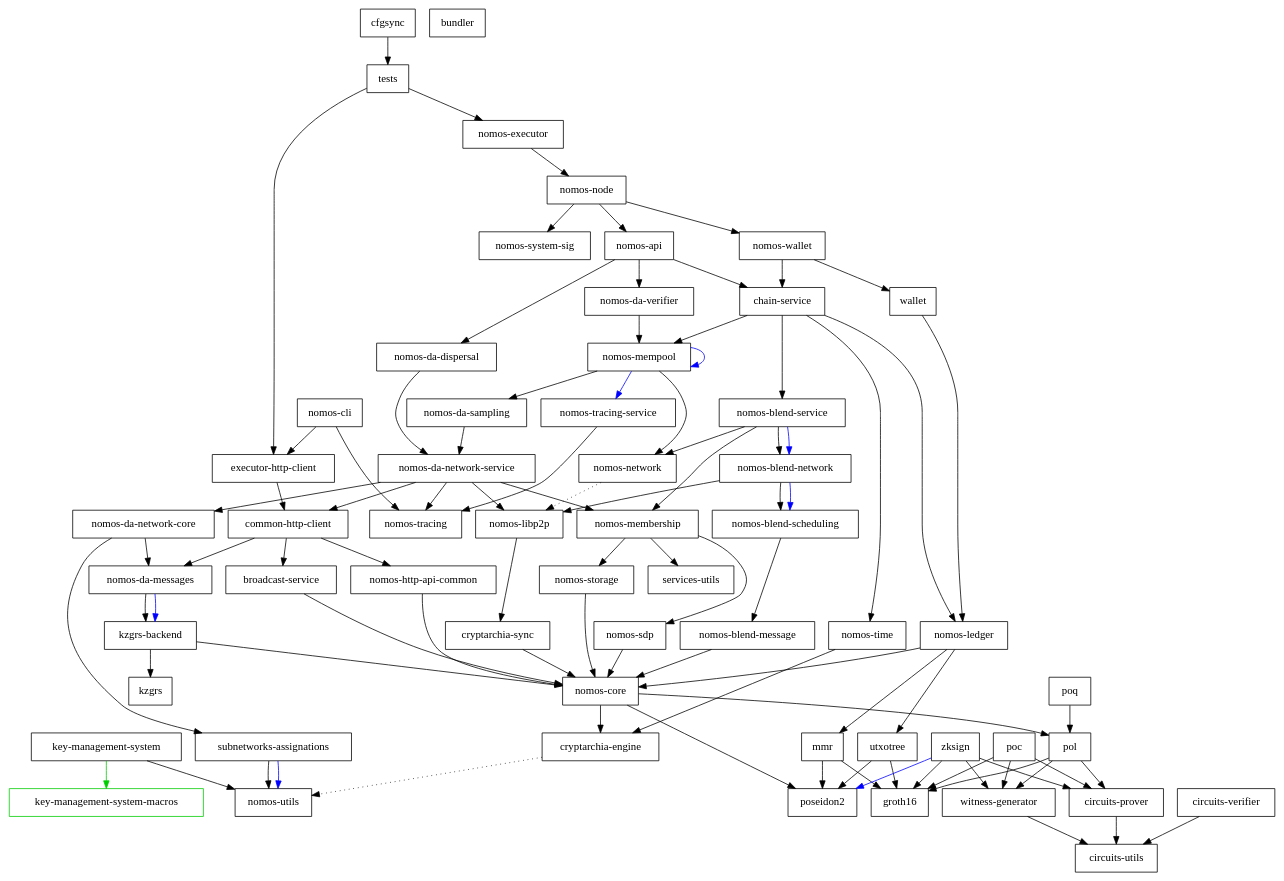
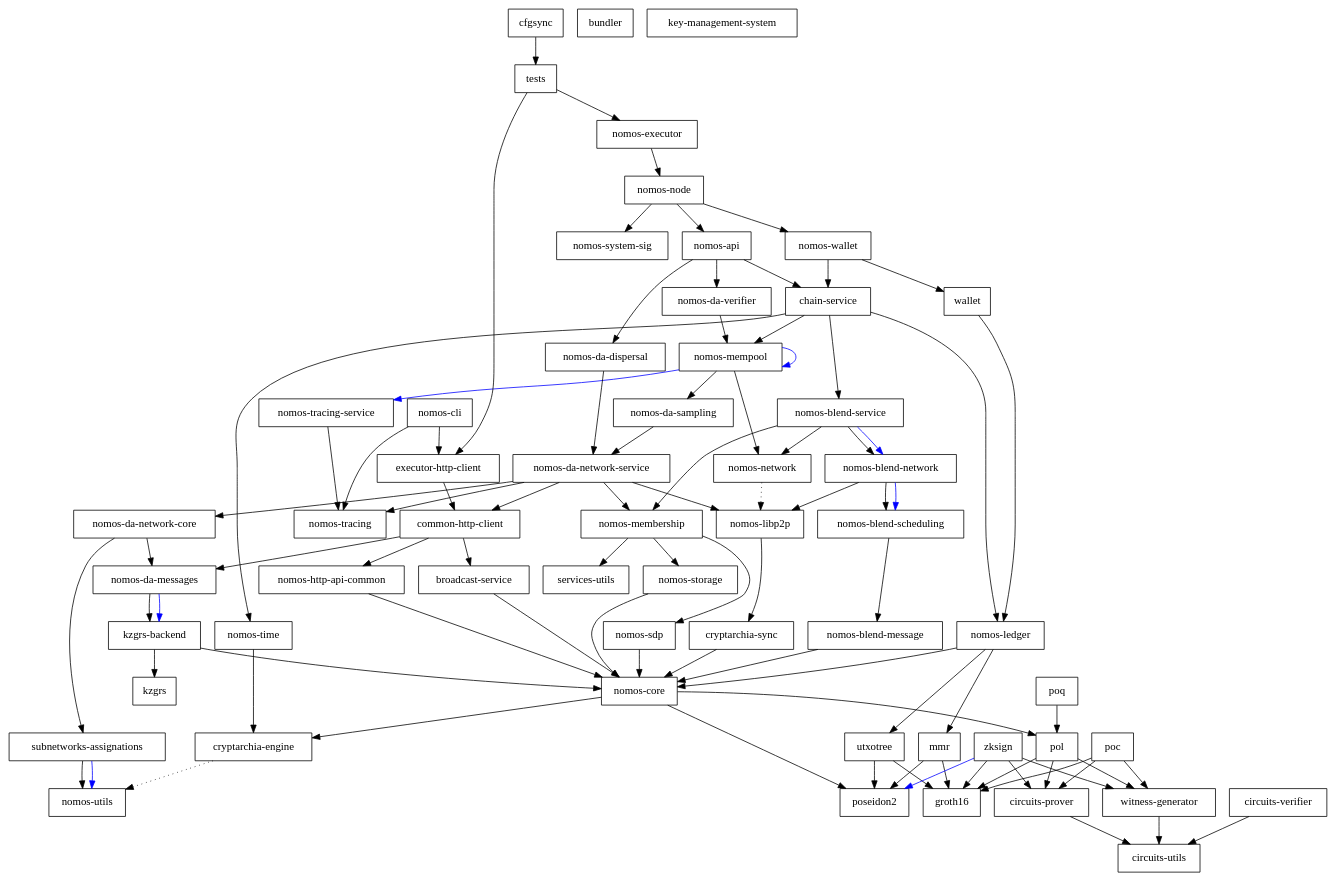
Before and after one commit to logos-co/nomos: the diagram in dependencies_graph.dot, drawn with Graphviz. The commit also changed 16 other files, not shown here.

```diff
--- a/dependencies_graph.dot
+++ b/dependencies_graph.dot
@@ -1,150 +1,147 @@
 digraph {
     0 [ label = "cryptarchia-engine" shape = box]
     1 [ label = "nomos-utils" shape = box]
     2 [ label = "cryptarchia-sync" shape = box]
     3 [ label = "nomos-core" shape = box]
     4 [ label = "groth16" shape = box]
     5 [ label = "pol" shape = box]
     6 [ label = "circuits-prover" shape = box]
     7 [ label = "circuits-utils" shape = box]
     8 [ label = "witness-generator" shape = box]
     9 [ label = "poseidon2" shape = box]
     10 [ label = "nomos-ledger" shape = box]
     11 [ label = "mmr" shape = box]
     12 [ label = "utxotree" shape = box]
     13 [ label = "nomos-http-api-common" shape = box]
     14 [ label = "nomos-executor" shape = box]
     15 [ label = "broadcast-service" shape = box]
     16 [ label = "kzgrs-backend" shape = box]
     17 [ label = "kzgrs" shape = box]
     18 [ label = "nomos-api" shape = box]
     19 [ label = "chain-service" shape = box]
     20 [ label = "nomos-blend-service" shape = box]
     21 [ label = "nomos-blend-message" shape = box]
     22 [ label = "nomos-blend-network" shape = box]
     23 [ label = "nomos-blend-scheduling" shape = box]
     24 [ label = "nomos-libp2p" shape = box]
     25 [ label = "nomos-membership" shape = box]
     26 [ label = "nomos-sdp" shape = box]
     27 [ label = "nomos-storage" shape = box]
     28 [ label = "services-utils" shape = box]
     29 [ label = "nomos-network" shape = box]
     30 [ label = "nomos-da-sampling" shape = box]
     31 [ label = "nomos-da-network-core" shape = box]
     32 [ label = "nomos-da-messages" shape = box]
     33 [ label = "subnetworks-assignations" shape = box]
     34 [ label = "nomos-da-network-service" shape = box]
     35 [ label = "common-http-client" shape = box]
     36 [ label = "nomos-tracing" shape = box]
     37 [ label = "nomos-mempool" shape = box]
     38 [ label = "nomos-tracing-service" shape = box]
     39 [ label = "nomos-time" shape = box]
     40 [ label = "nomos-da-dispersal" shape = box]
     41 [ label = "nomos-da-verifier" shape = box]
     42 [ label = "nomos-node" shape = box]
     43 [ label = "nomos-system-sig" shape = box]
     44 [ label = "nomos-wallet" shape = box]
     45 [ label = "wallet" shape = box]
     46 [ label = "executor-http-client" shape = box]
     47 [ label = "bundler" shape = box]
     48 [ label = "nomos-cli" shape = box]
     49 [ label = "key-management-system" shape = box]
-    50 [ label = "key-management-system-macros" shape = box, color = green3]
-    51 [ label = "cfgsync" shape = box]
-    52 [ label = "tests" shape = box]
-    53 [ label = "circuits-verifier" shape = box]
-    54 [ label = "poc" shape = box]
-    55 [ label = "poq" shape = box]
-    56 [ label = "zksign" shape = box]
+    50 [ label = "cfgsync" shape = box]
+    51 [ label = "tests" shape = box]
+    52 [ label = "circuits-verifier" shape = box]
+    53 [ label = "poc" shape = box]
+    54 [ label = "poq" shape = box]
+    55 [ label = "zksign" shape = box]
     0 -> 1 [ style = dotted]
     2 -> 3 [ ]
     3 -> 0 [ ]
     3 -> 5 [ ]
     3 -> 9 [ ]
     5 -> 6 [ ]
     5 -> 4 [ ]
     5 -> 8 [ ]
     6 -> 7 [ ]
     8 -> 7 [ ]
     10 -> 11 [ ]
     10 -> 3 [ ]
     10 -> 12 [ ]
     11 -> 4 [ ]
     11 -> 9 [ ]
     12 -> 4 [ ]
     12 -> 9 [ ]
     13 -> 3 [ ]
     14 -> 42 [ ]
     15 -> 3 [ ]
     16 -> 17 [ ]
     16 -> 3 [ ]
     18 -> 19 [ ]
     18 -> 40 [ ]
     18 -> 41 [ ]
     19 -> 20 [ ]
     19 -> 10 [ ]
     19 -> 37 [ ]
     19 -> 39 [ ]
     20 -> 22 [ ]
     20 -> 22 [ color = blue]
     20 -> 25 [ ]
     20 -> 29 [ ]
     21 -> 3 [ ]
     22 -> 23 [ ]
     22 -> 23 [ color = blue]
     22 -> 24 [ ]
     23 -> 21 [ ]
     24 -> 2 [ ]
     25 -> 26 [ ]
     25 -> 27 [ ]
     25 -> 28 [ ]
     26 -> 3 [ ]
     27 -> 3 [ ]
     29 -> 24 [ style = dotted]
     30 -> 34 [ ]
     31 -> 32 [ ]
     31 -> 33 [ ]
     32 -> 16 [ ]
     32 -> 16 [ color = blue]
     33 -> 1 [ ]
     33 -> 1 [ color = blue]
     34 -> 35 [ ]
     34 -> 31 [ ]
     34 -> 24 [ ]
     34 -> 25 [ ]
     34 -> 36 [ ]
     35 -> 15 [ ]
     35 -> 32 [ ]
     35 -> 13 [ ]
     37 -> 30 [ ]
     37 -> 37 [ color = blue]
     37 -> 29 [ ]
     37 -> 38 [ color = blue]
     38 -> 36 [ ]
     39 -> 0 [ ]
     40 -> 34 [ ]
     41 -> 37 [ ]
     42 -> 18 [ ]
     42 -> 43 [ ]
     42 -> 44 [ ]
     44 -> 19 [ ]
     44 -> 45 [ ]
     45 -> 10 [ ]
     46 -> 35 [ ]
     48 -> 46 [ ]
     48 -> 36 [ ]
-    49 -> 50 [ color = green3]
-    49 -> 1 [ ]
-    51 -> 52 [ ]
-    52 -> 46 [ ]
-    52 -> 14 [ ]
-    53 -> 7 [ ]
-    54 -> 6 [ ]
-    54 -> 4 [ ]
-    54 -> 8 [ ]
-    55 -> 5 [ ]
-    56 -> 6 [ ]
-    56 -> 4 [ ]
-    56 -> 9 [ color = blue]
-    56 -> 8 [ ]
+    50 -> 51 [ ]
+    51 -> 46 [ ]
+    51 -> 14 [ ]
+    52 -> 7 [ ]
+    53 -> 6 [ ]
+    53 -> 4 [ ]
+    53 -> 8 [ ]
+    54 -> 5 [ ]
+    55 -> 6 [ ]
+    55 -> 4 [ ]
+    55 -> 9 [ color = blue]
+    55 -> 8 [ ]
 }
```
